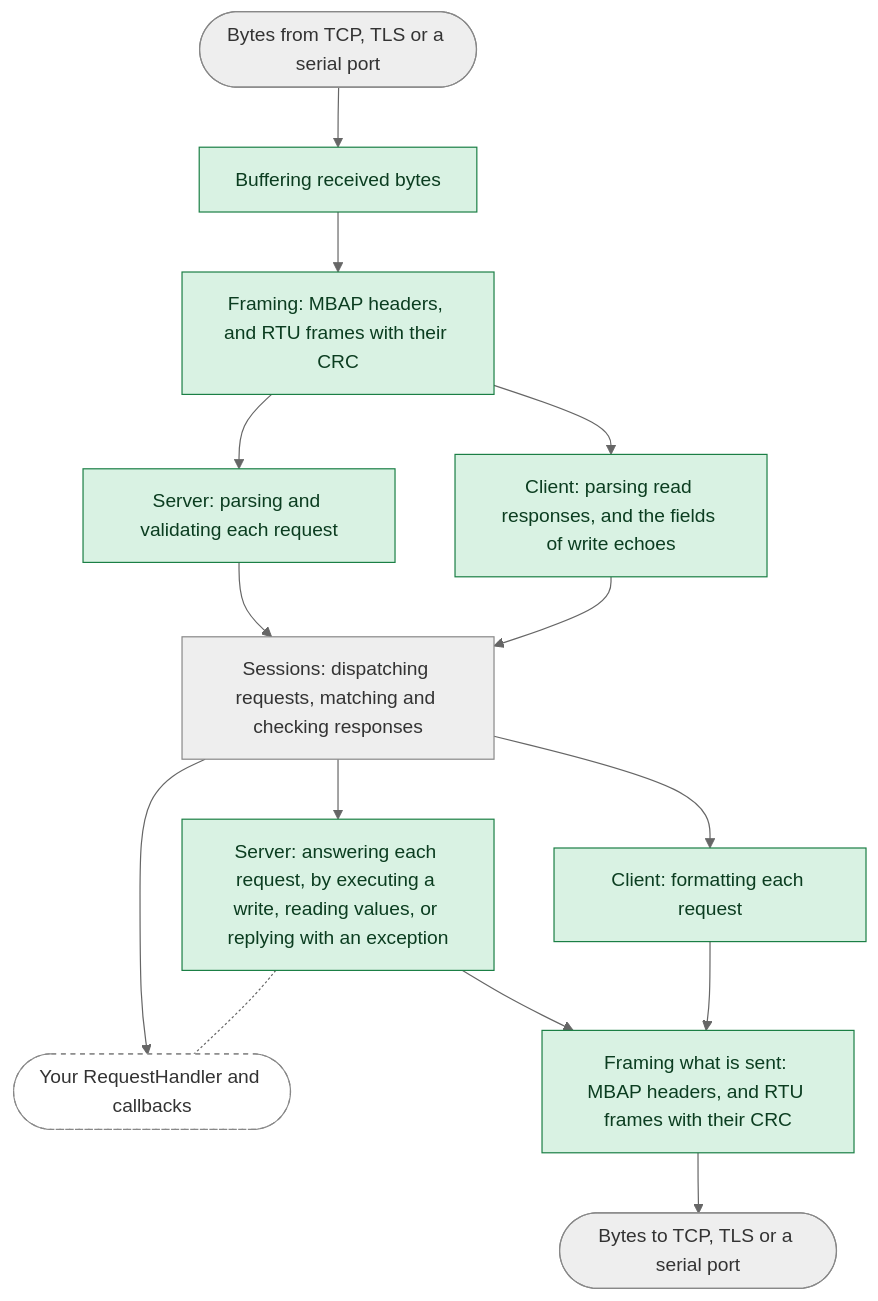
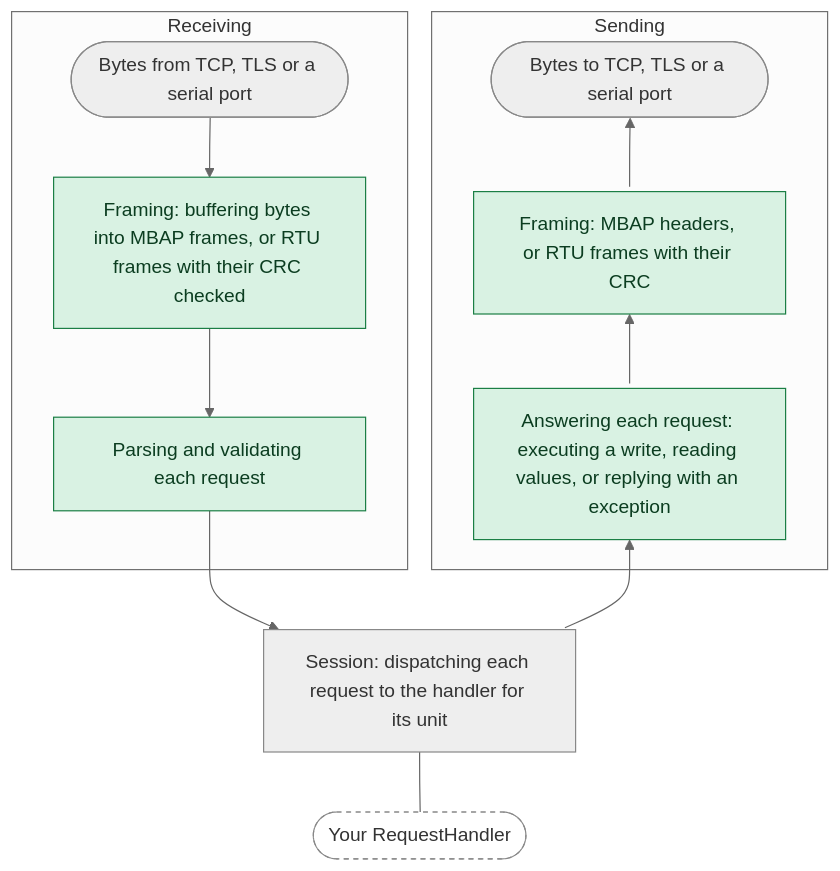
One commit to stepfunc/rodbus changed the second of 2 diagrams in guide/docs/about/security.mdx. Above: the diagram before and after it, drawn with Mermaid (neutral theme). The commit also changed other lines of this file, not shown here.

````diff
--- a/guide/docs/about/security.mdx
+++ b/guide/docs/about/security.mdx
@@ -47,25 +88,25 @@
 ```mermaid
-flowchart TD
-    bytes(["Bytes from TCP, TLS or a serial port"]):::outside
-    buffer["Buffering received bytes"]:::proven
-    frames["Framing: MBAP headers, and RTU frames with their CRC"]:::proven
-    request["Server: parsing and validating each request"]:::proven
-    response["Client: parsing read responses, and the fields of write echoes"]:::proven
-    session["Sessions: dispatching requests, matching and checking responses"]:::outside
-    handler(["Your RequestHandler and callbacks"]):::user
-    reply["Server: answering each request, by executing a write, reading values, or replying with an exception"]:::proven
-    send["Client: formatting each request"]:::proven
-    framing["Framing what is sent: MBAP headers, and RTU frames with their CRC"]:::proven
-    sent(["Bytes to TCP, TLS or a serial port"]):::outside
-    bytes --> buffer --> frames
-    frames --> request --> session
-    frames --> response --> session
-    session --> handler
-    session --> reply --> framing
-    reply -.- handler
-    session --> send --> framing
-    framing --> sent
+flowchart TB
+    subgraph receiving [Receiving]
+        rx(["Bytes from TCP, TLS or a serial port"]):::outside
+        rframe["Framing: buffering bytes into MBAP frames, or RTU frames with their CRC checked"]:::proven
+        rpdu["Parsing and validating each request"]:::proven
+    end
+    subgraph sending [Sending]
+        tx(["Bytes to TCP, TLS or a serial port"]):::outside
+        sframe["Framing: MBAP headers, or RTU frames with their CRC"]:::proven
+        spdu["Answering each request: executing a write, reading values, or replying with an exception"]:::proven
+    end
+    session["Session: dispatching each request to the handler for its unit"]:::outside
+    user(["Your RequestHandler"]):::user
+    rx --> rframe --> rpdu --> session
+    tx <--> sframe
+    sframe <--> spdu
+    spdu <--> session
+    session --- user
+    %% each sending link is listed from the step above to the one below, so the column rises; only its upper arrowhead is drawn
+    linkStyle 3,4,5 marker-end:none
     classDef proven fill:#d9f2e3,stroke:#1b7f45,color:#0b3d20
     classDef outside fill:#eeeeee,stroke:#888888,color:#333333
     classDef user fill:#ffffff,stroke:#888888,stroke-dasharray:4 4,color:#333333
 ```
````
